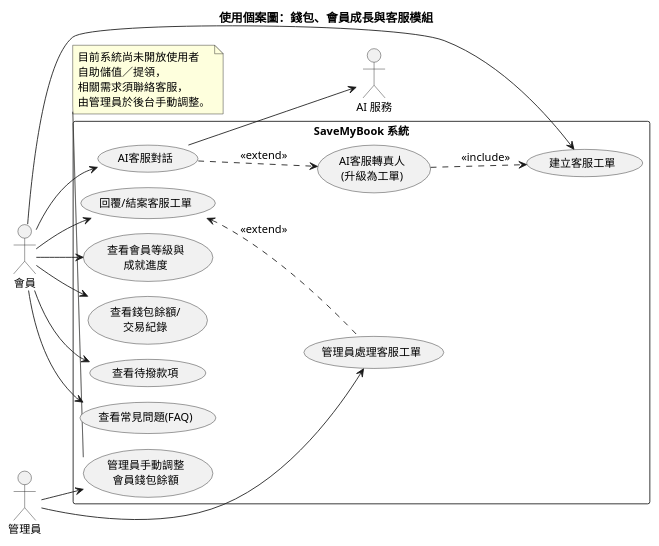
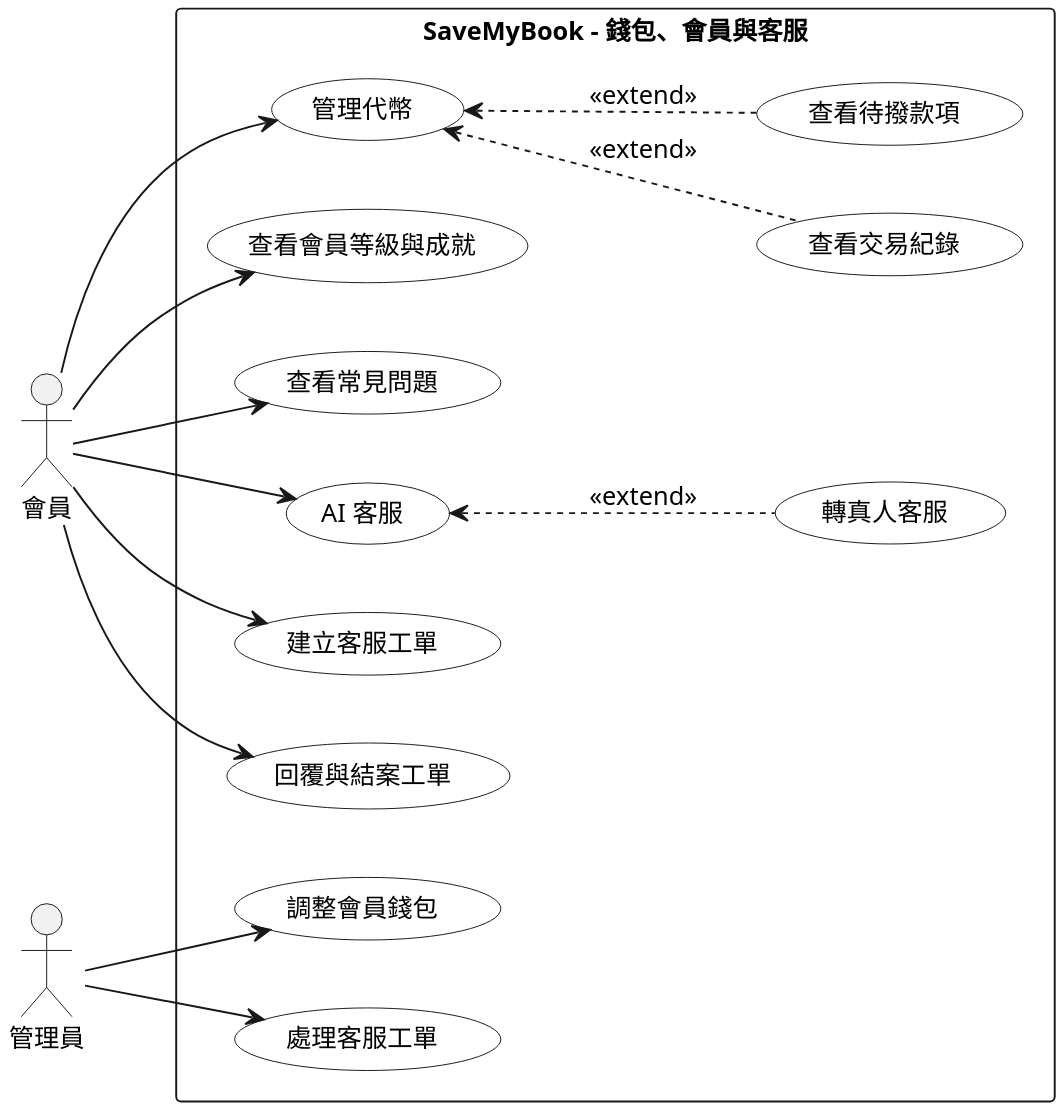
The diagram in Diagrams/Use Case/v3/uc_wallet_support.puml (SaveMyBook/SaveMyBook), drawn with PlantUML before and after one commit. The commit also changed 268 other files, not shown here.

```diff
--- a/Diagrams/Use Case/v3/uc_wallet_support.puml
+++ b/Diagrams/Use Case/v3/uc_wallet_support.puml
@@ -1,46 +1,40 @@
 @startuml
-!pragma layout smetana
-skinparam defaultFontName "Microsoft JhengHei"
+skinparam monochrome true
+skinparam shadowing false
+skinparam dpi 220
+skinparam defaultFontName "PingFang TC"
 skinparam defaultFontSize 13
+skinparam usecase {
+  BackgroundColor white
+}
 left to right direction
-title 使用個案圖：錢包、會員成長與客服模組
 
-actor 會員 as Member
-actor "AI 服務" as AI
-actor 管理員 as Admin
+actor 會員
+actor 管理員
 
-rectangle "SaveMyBook 系統" {
-  usecase "查看錢包餘額/\n交易紀錄" as UC1
-  usecase "查看待撥款項" as UC2
-  usecase "查看常見問題(FAQ)" as UC3
-  usecase "建立客服工單" as UC4
-  usecase "回覆/結案客服工單" as UC5
-  usecase "AI客服對話" as UC6
-  usecase "AI客服轉真人\n(升級為工單)" as UC7
-  usecase "查看會員等級與\n成就進度" as UC8
-  usecase "管理員手動調整\n會員錢包餘額" as UC9
-  usecase "管理員處理客服工單" as UC10
+rectangle "SaveMyBook - 錢包、會員與客服" {
+  usecase "管理代幣" as wallet
+  usecase "查看交易紀錄" as txn
+  usecase "查看待撥款項" as pending
+  usecase "查看會員等級與成就" as level
+  usecase "查看常見問題" as faq
+  usecase "AI 客服" as aisupport
+  usecase "轉真人客服" as handoff
+  usecase "建立客服工單" as ticket
+  usecase "回覆與結案工單" as reply
+  usecase "調整會員錢包" as adjust
+  usecase "處理客服工單" as handle
 }
 
-Member --> UC1
-Member --> UC2
-Member --> UC3
-Member --> UC4
-Member --> UC5
-Member --> UC6
-Member --> UC8
-UC6 ..> UC7 : <<extend>>
-UC7 ..> UC4 : <<include>>
-UC6 --> AI
-
-Admin --> UC9
-Admin --> UC10
-UC5 <.. UC10 : <<extend>>
-
-note bottom of UC9
-  目前系統尚未開放使用者
-  自助儲值／提領，
-  相關需求須聯絡客服，
-  由管理員於後台手動調整。
-end note
+會員 --> wallet
+wallet <.. txn : <<extend>>
+wallet <.. pending : <<extend>>
+會員 --> level
+會員 --> faq
+會員 --> aisupport
+會員 --> ticket
+會員 --> reply
+aisupport <.. handoff : <<extend>>
+管理員 --> adjust
+管理員 --> handle
 @enduml
```
